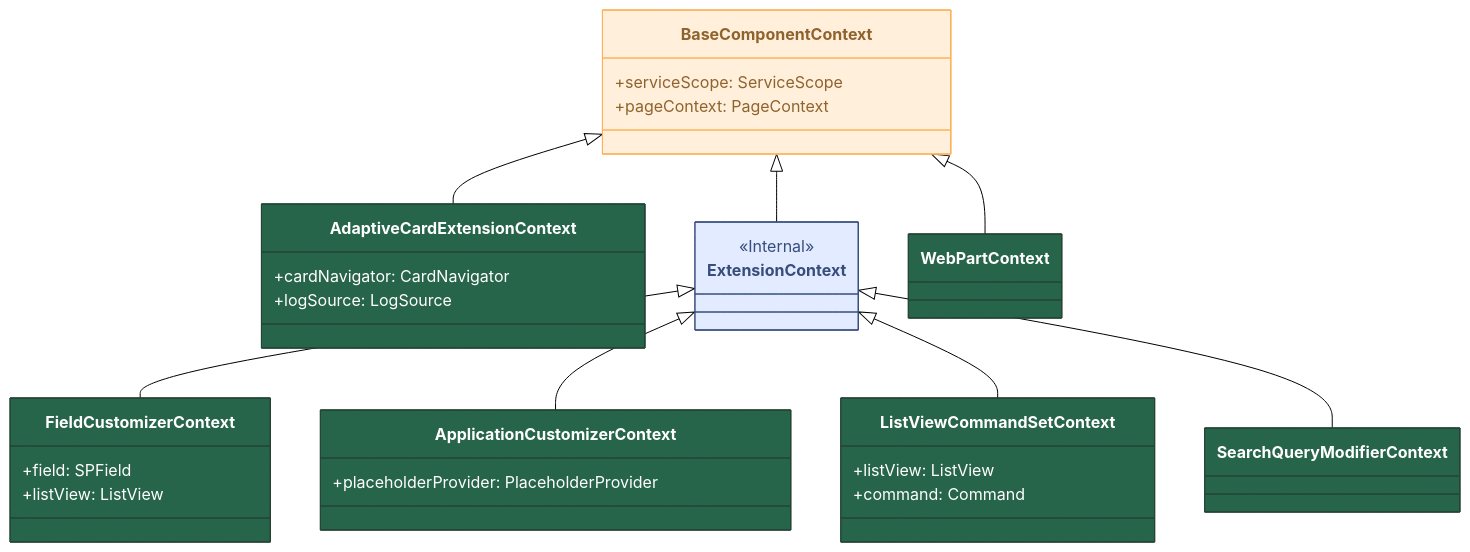
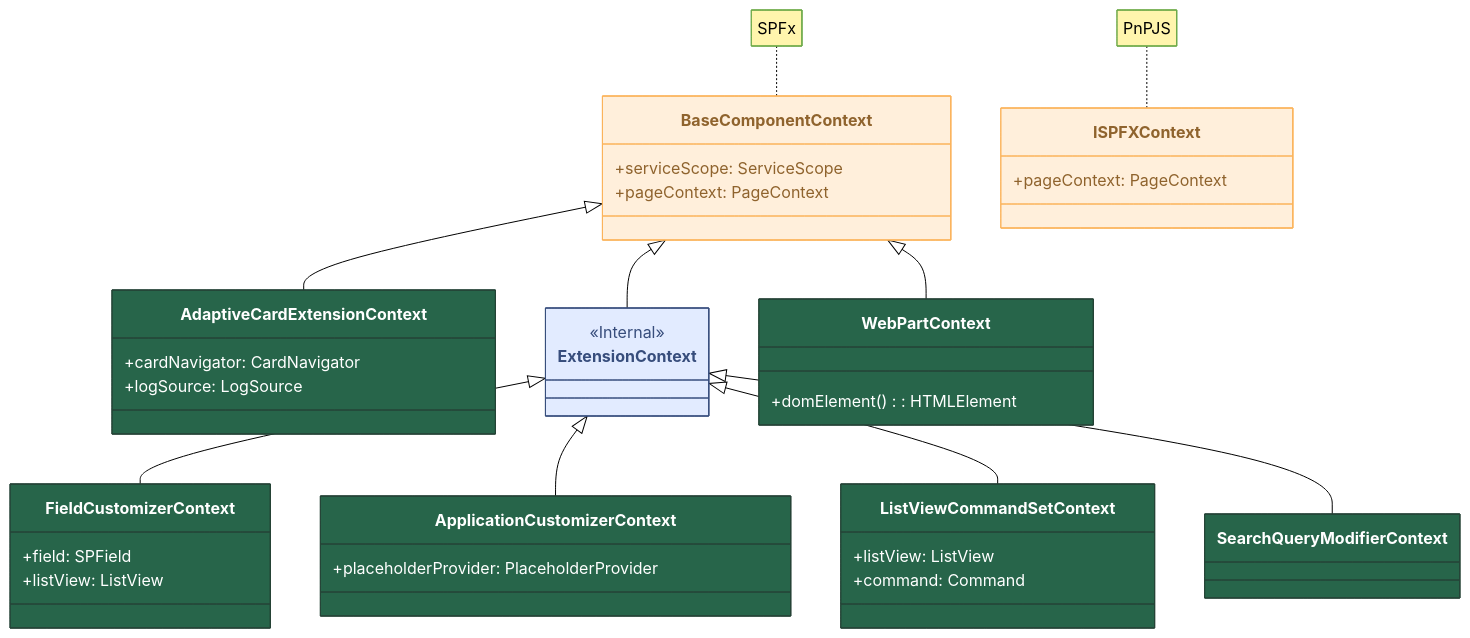
Before and after one commit to cpateldev/SPFxSPListCrudWebParts: the diagram in SPFxInitOptions.md, drawn with Mermaid (forest theme). The commit also changed other lines of this file and 1 other file, not shown here.

````diff
--- a/SPFxInitOptions.md
+++ b/SPFxInitOptions.md
@@ -8,50 +11,61 @@
 ```mermaid
+
 classDiagram
+  note for BaseComponentContext "SPFx"
   class BaseComponentContext {
 	    +serviceScope: ServiceScope
 	    +pageContext: PageContext
     }
     class ApplicationCustomizerContext {
 	    +placeholderProvider: PlaceholderProvider
     }
     class FieldCustomizerContext {
 	    +field: SPField
 	    +listView: ListView
     }
     class ListViewCommandSetContext {
 	    +listView: ListView
 	    +command: Command
     }
     class AdaptiveCardExtensionContext {
 	    +cardNavigator: CardNavigator
 	    +logSource: LogSource
     }
     class ExtensionContext {
         <<Internal>>
     }
 
+    class WebPartContext {
+      +domElement(): HTMLElement
+    }
+
 	  class SearchQueryModifierContext {
+    }
 
+    note for ISPFXContext "PnPJS"
+    class ISPFXContext {
+      +pageContext: PageContext
     }
 
     BaseComponentContext <|-- ExtensionContext
     BaseComponentContext <|-- WebPartContext
     BaseComponentContext <|-- AdaptiveCardExtensionContext    
     ExtensionContext <|-- FieldCustomizerContext
     ExtensionContext <|-- ApplicationCustomizerContext    
     ExtensionContext <|-- ListViewCommandSetContext
     ExtensionContext <|-- SearchQueryModifierContext
 
     class BaseComponentContext:::Peach
     class ApplicationCustomizerContext:::Pine
     class FieldCustomizerContext:::Pine
     class ListViewCommandSetContext:::Pine
     class AdaptiveCardExtensionContext:::Pine
     class ExtensionContext:::Sky
     class SearchQueryModifierContext:::Pine
     class WebPartContext:::Pine
+    class ISPFXContext:::Peach
 
     classDef Peach :, stroke-width:1px, stroke-dasharray:none, stroke:#FBB35A, fill:#FFEFDB, color:#8F632D
     classDef Sky :, stroke-width:1px, stroke-dasharray:none, stroke:#374D7C, fill:#E2EBFF, color:#374D7C
     classDef Pine :,stroke-width:1px, stroke-dasharray:none, stroke:#254336, fill:#27654A, color:#FFFFFF
 ```
````
